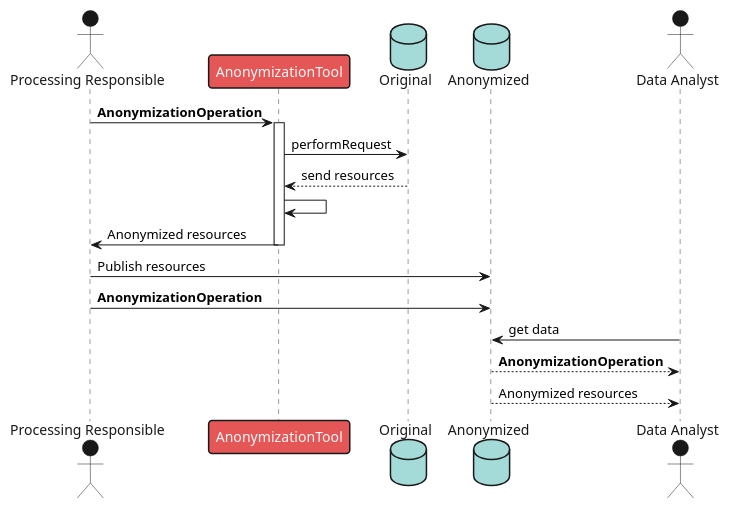
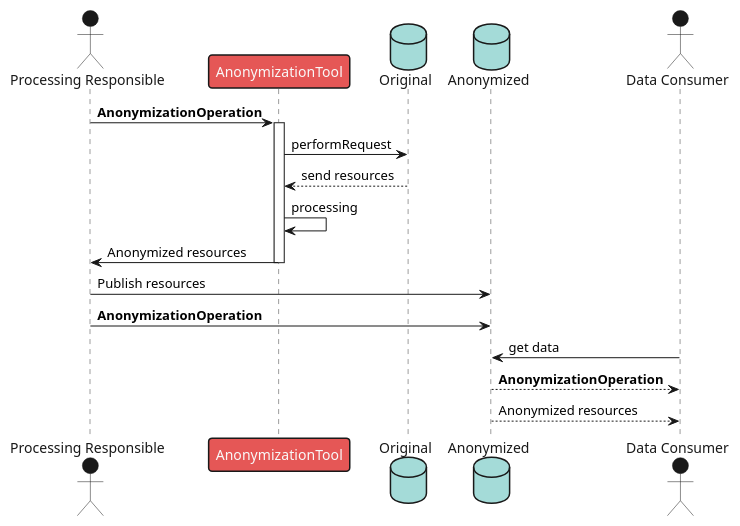
Before and after one commit to ErwanBrunelliere/Anonymization-on-FHIR: the diagram in input/images-source/usage.plantuml, drawn with PlantUML. The commit also changed 9 other files, not shown here.

```diff
--- a/input/images-source/usage.plantuml
+++ b/input/images-source/usage.plantuml
@@ -1,22 +1,22 @@
 @startuml
 !theme mars
 skinparam backgroundColor #00000000
 actor "Processing Responsible" as PR
 participant AnonymizationTool
 database Original
 database Anonymized
-actor "Data Analyst" as DA
+actor "Data Consumer" as DA
 
 PR -> AnonymizationTool ++ : **AnonymizationOperation**
 AnonymizationTool -> Original : performRequest
 Original --> AnonymizationTool : send resources
-AnonymizationTool -> AnonymizationTool
+AnonymizationTool -> AnonymizationTool: processing
 AnonymizationTool -> PR -- : Anonymized resources
 
 PR -> Anonymized : Publish resources
 PR -> Anonymized : **AnonymizationOperation**
 
 DA -> Anonymized : get data
 Anonymized --> DA : **AnonymizationOperation**
 Anonymized --> DA : Anonymized resources
 @enduml
```
